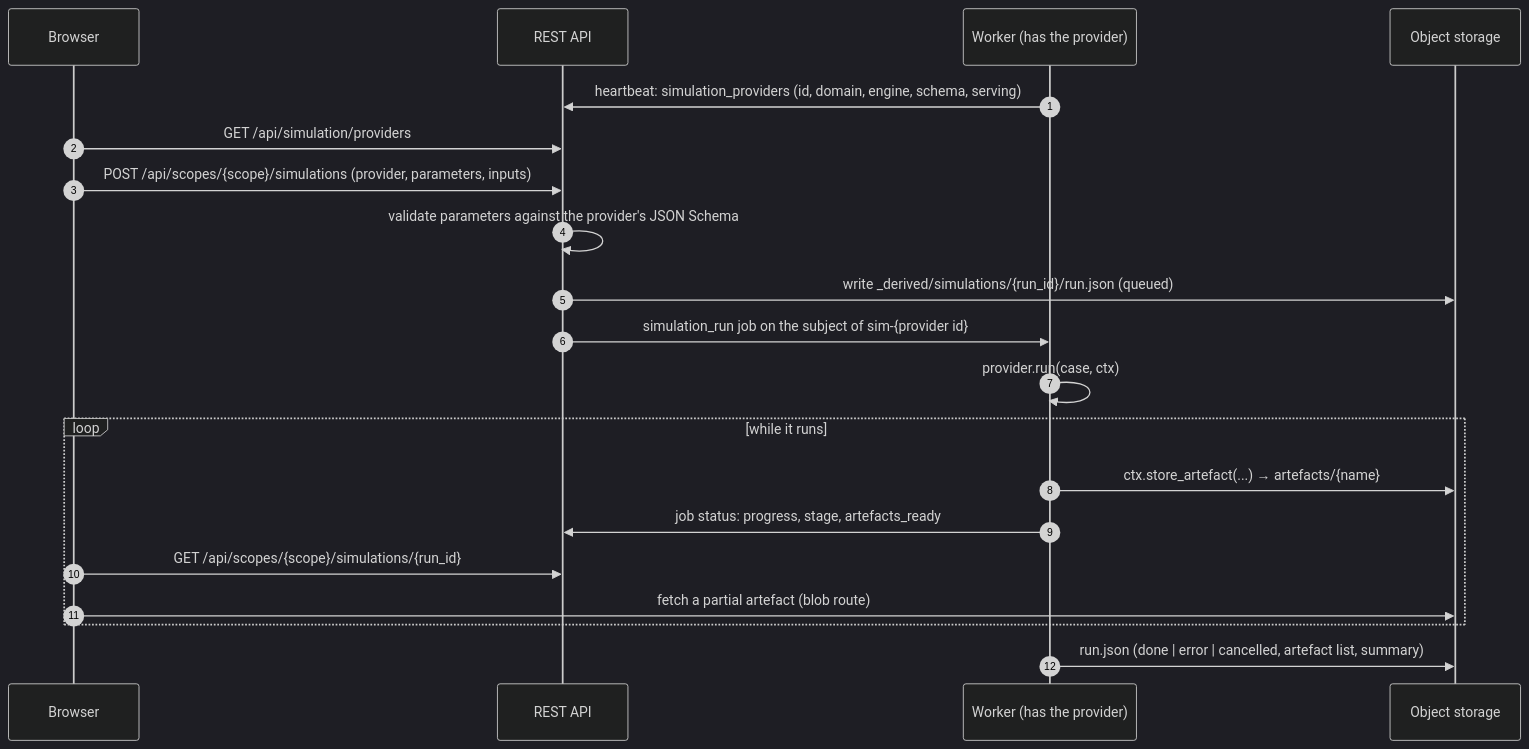
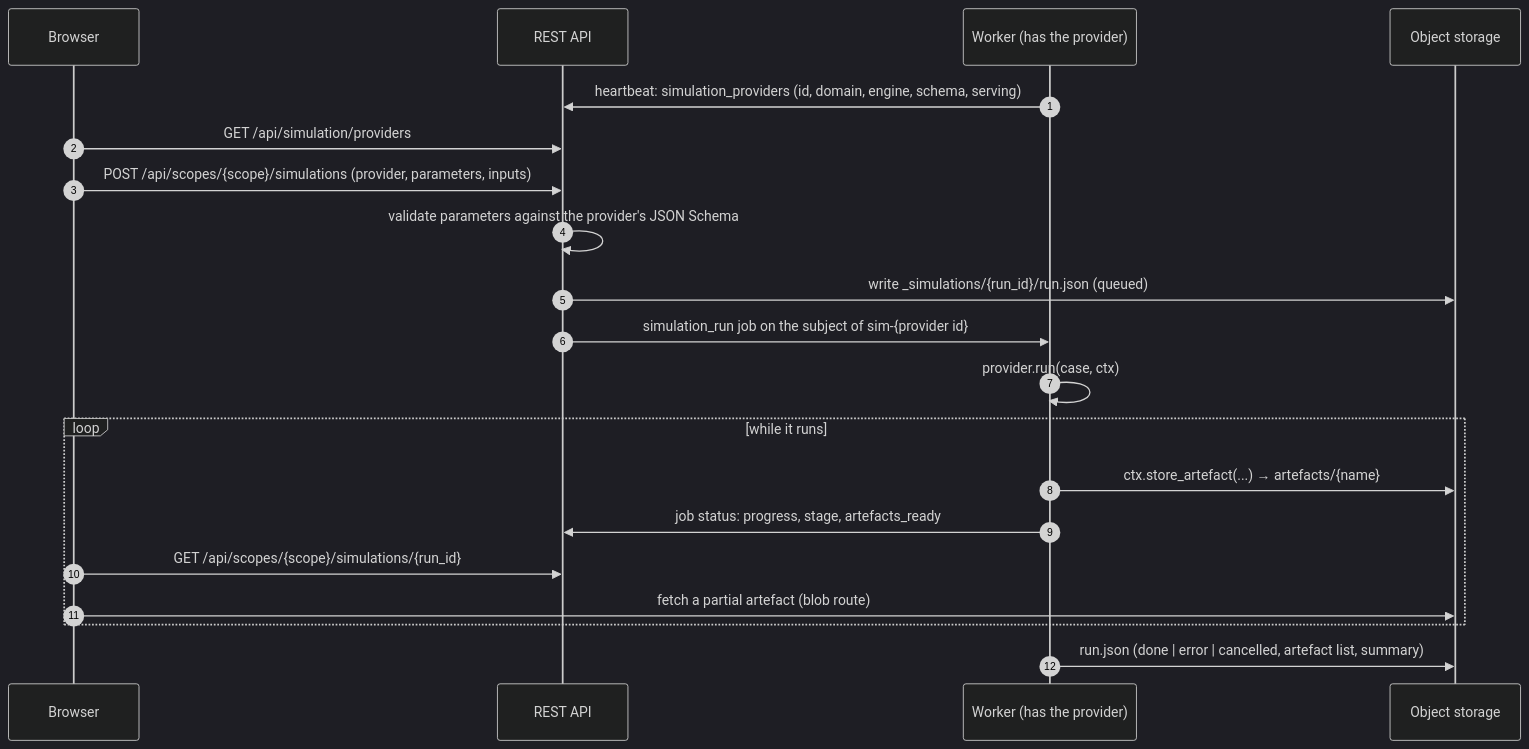
Before and after one commit to Krande/adapy: the fifth of 5 diagrams in docs/architecture/platform.md, drawn with Mermaid (dark theme). The commit also changed other lines of this file and 7 other files, not shown here.

````diff
--- a/docs/architecture/platform.md
+++ b/docs/architecture/platform.md
@@ -240,23 +240,23 @@
 ```mermaid
 sequenceDiagram
     autonumber
     participant B as Browser
     participant A as REST API
     participant W as Worker (has the provider)
     participant S as Object storage
 
     W->>A: heartbeat: simulation_providers (id, domain, engine, schema, serving)
     B->>A: GET /api/simulation/providers
     B->>A: POST /api/scopes/{scope}/simulations (provider, parameters, inputs)
     A->>A: validate parameters against the provider's JSON Schema
-    A->>S: write _derived/simulations/{run_id}/run.json (queued)
+    A->>S: write _simulations/{run_id}/run.json (queued)
     A->>W: simulation_run job on the subject of sim-{provider id}
     W->>W: provider.run(case, ctx)
     loop while it runs
         W->>S: ctx.store_artefact(...) → artefacts/{name}
         W->>A: job status: progress, stage, artefacts_ready
         B->>A: GET /api/scopes/{scope}/simulations/{run_id}
         B->>S: fetch a partial artefact (blob route)
     end
     W->>S: run.json (done | error | cancelled, artefact list, summary)
 ```
````
